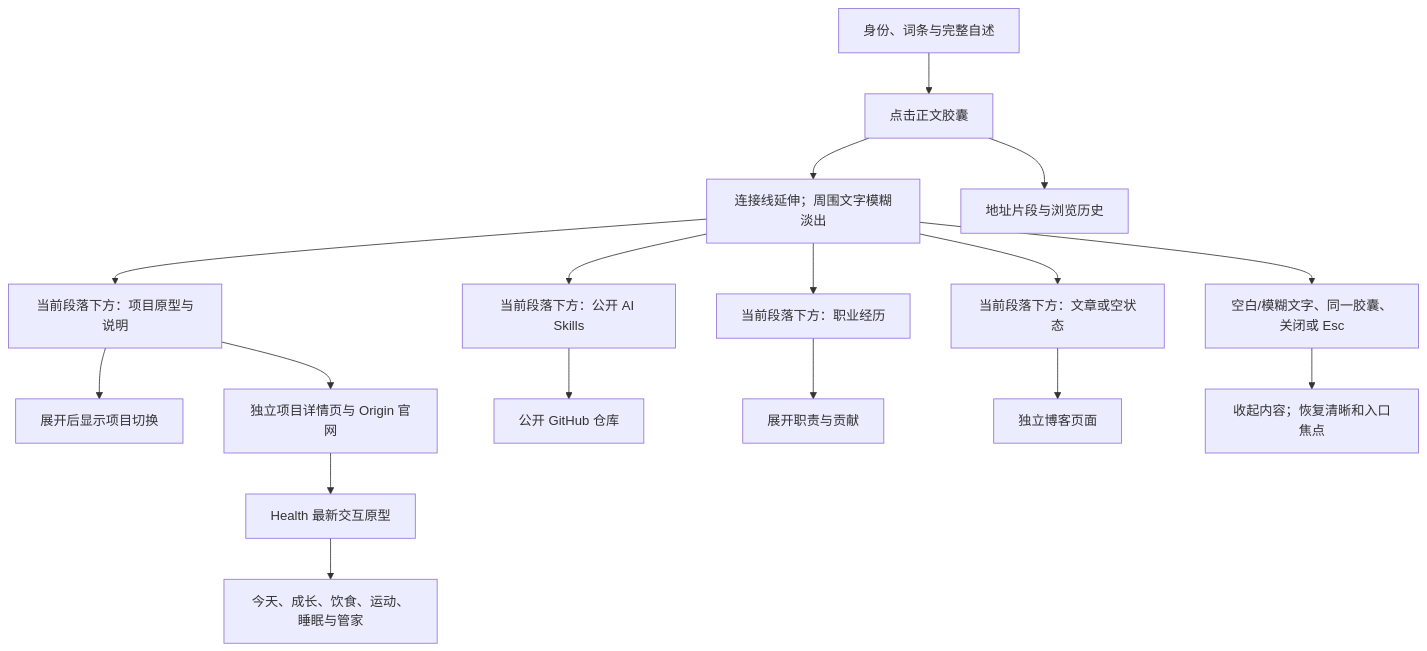
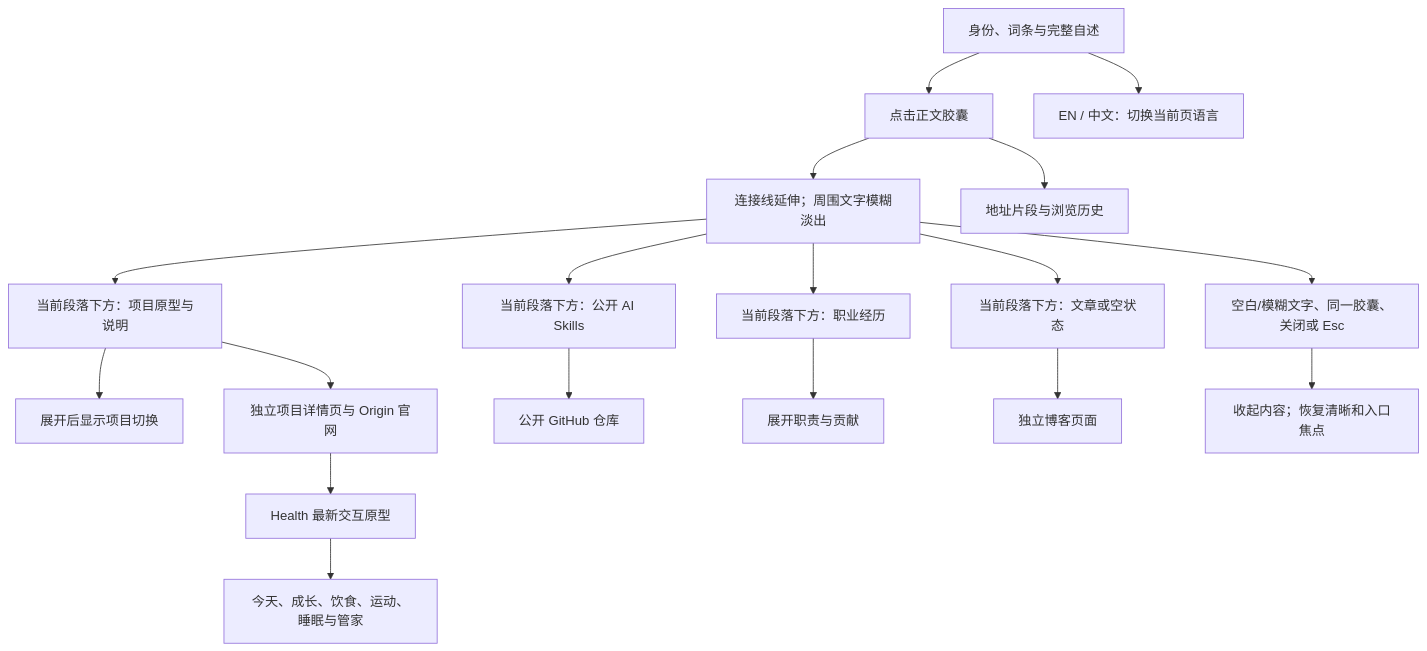
Before and after one commit to joevilcai666/joevilcai666.github.io: the first of 2 diagrams in HOW_IT_WORKS.md, drawn with Mermaid. The commit also changed other lines of this file and 1 other file, not shown here.

Commit message:
Record verified language-switch release [skip ci]

````diff
--- a/HOW_IT_WORKS.md
+++ b/HOW_IT_WORKS.md
@@ -15,19 +15,20 @@
 ```mermaid
 flowchart TD
   Intro[身份、词条与完整自述] --> Pill[点击正文胶囊]
+  Intro --> Language[EN / 中文：切换当前页语言]
   Pill --> Focus[连接线延伸；周围文字模糊淡出]
   Focus --> Project[当前段落下方：项目原型与说明]
   Focus --> Skills[当前段落下方：公开 AI Skills]
   Focus --> Work[当前段落下方：职业经历]
   Focus --> Writing[当前段落下方：文章或空状态]
   Project --> Switch[展开后显示项目切换]
   Project --> Detail[独立项目详情页与 Origin 官网]
   Detail --> Health[Health 最新交互原型]
   Health --> Try[今天、成长、饮食、运动、睡眠与管家]
   Skills --> Repo[公开 GitHub 仓库]
   Work --> Contribution[展开职责与贡献]
   Writing --> Blog[独立博客页面]
   Focus --> Close[空白/模糊文字、同一胶囊、关闭或 Esc]
   Close --> Restore[收起内容；恢复清晰和入口焦点]
   Pill --> URL[地址片段与浏览历史]
 ```
````
